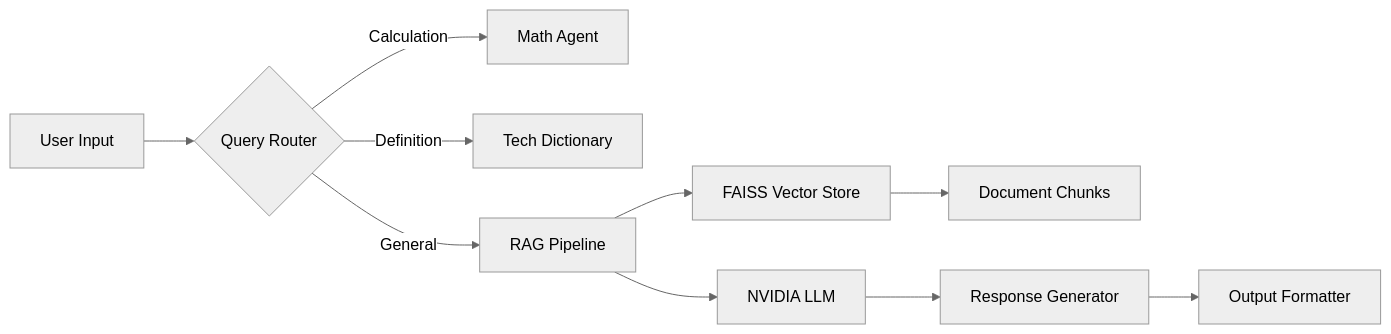
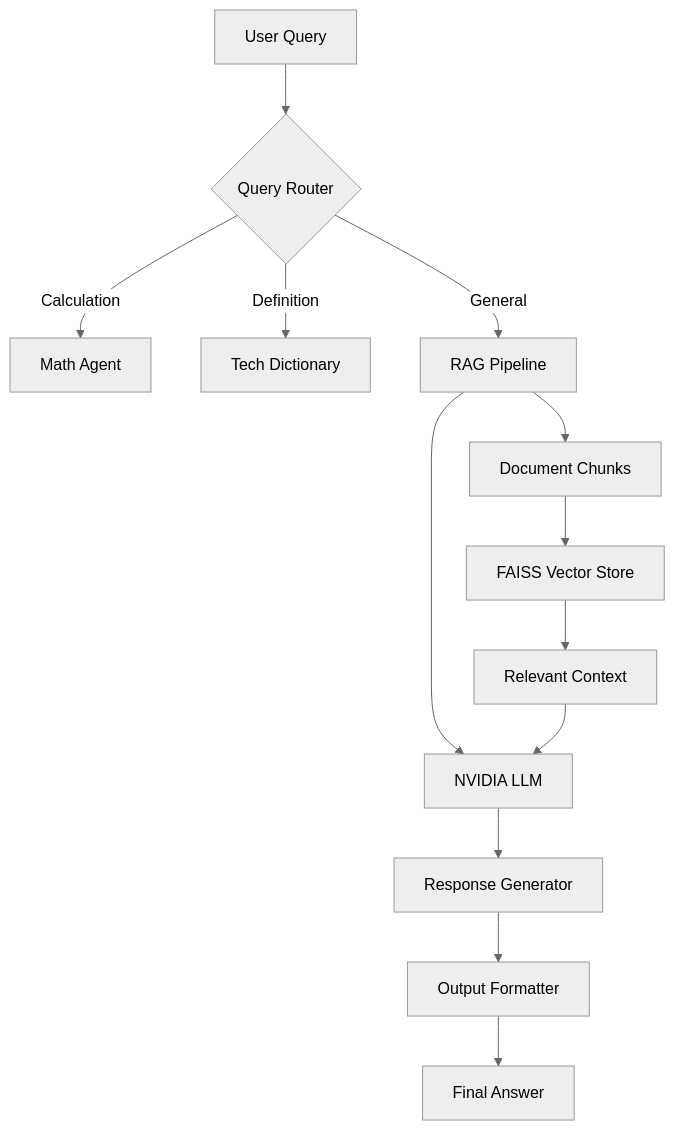
The diagram in README.md (AVINASH0052/RAG-Knowledge-Assistant), drawn with Mermaid (neutral theme) before and after one commit.

````diff
--- a/README.md
+++ b/README.md
@@ -23,12 +23,15 @@
 ```mermaid
-graph LR
-    A[User Input] --> B{Query Router}
+graph TD
+    A[User Query] --> B{Query Router}
     B -->|Calculation| C[Math Agent]
     B -->|Definition| D[Tech Dictionary]
     B -->|General| E[RAG Pipeline]
-    E --> F[FAISS Vector Store]
-    F --> G[Document Chunks]
-    E --> H[NVIDIA LLM]
-    H --> I[Response Generator]
-    I --> J[Output Formatter]
+    E --> F[Document Chunks]
+    F --> G[FAISS Vector Store]
+    G --> H[Relevant Context]
+    E --> I[NVIDIA LLM]
+    H --> I
+    I --> J[Response Generator]
+    J --> K[Output Formatter]
+    K --> L[Final Answer]
 ```
````
